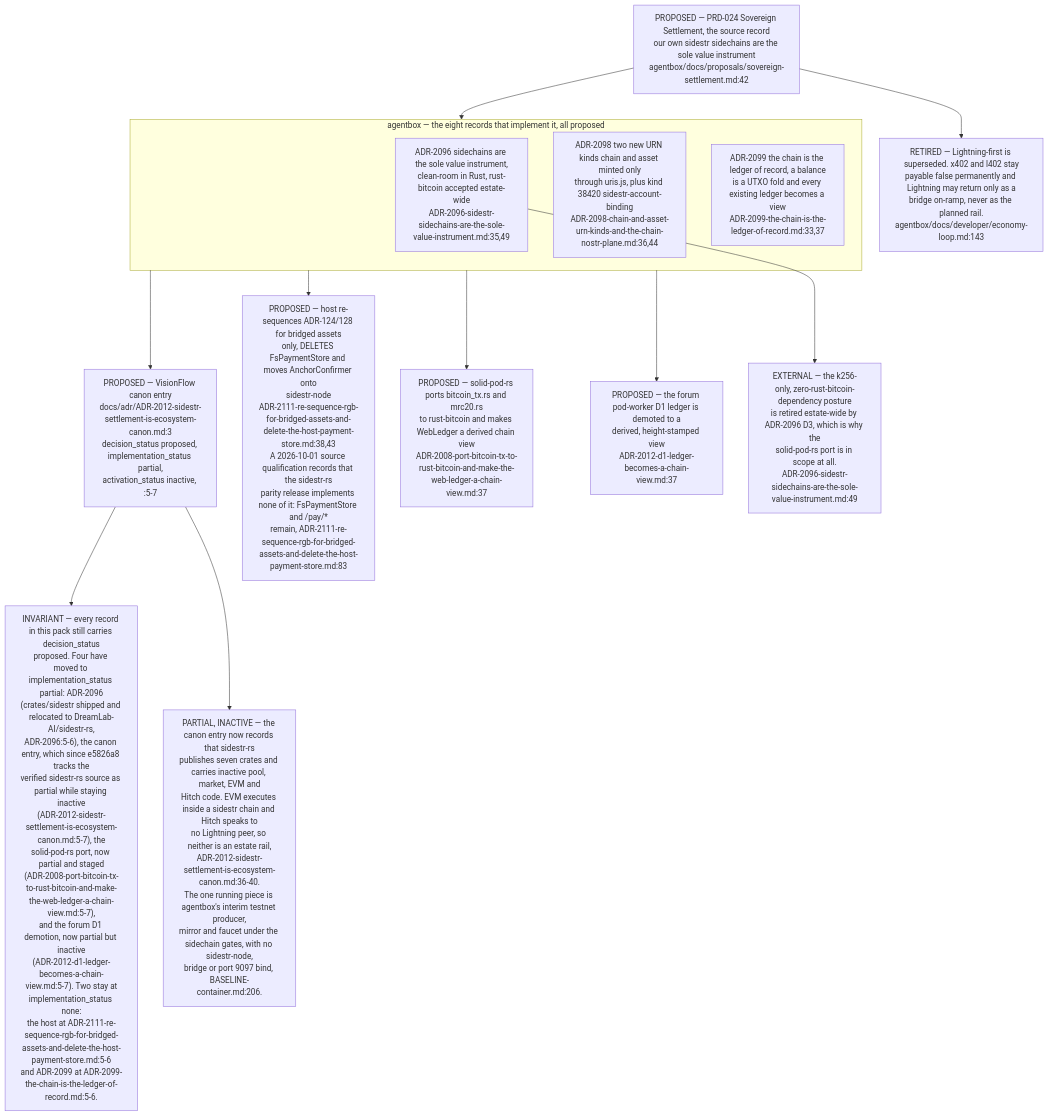
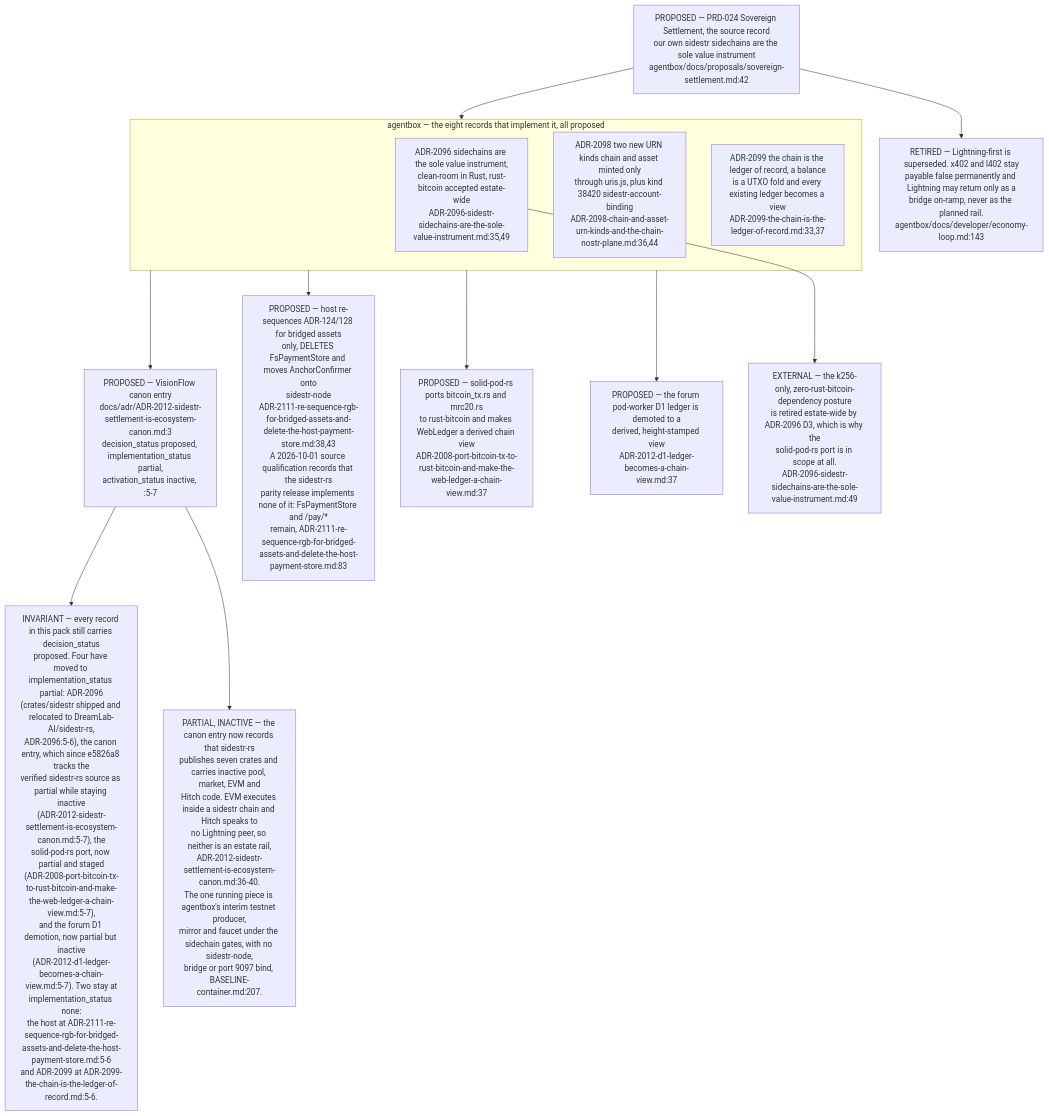
Before and after one commit to DreamLab-AI/VisionFlow: diagram 11 of 12 in docs/diagrams/estate/03-cross-repo-federation-contract.md, drawn with Mermaid. The commit also changed other lines of this file and 80 other files, not shown here.

First line of the commit message:
docs(diagrams): re-verify the agentbox, dreamlab, estate and visionflow corpus against current sources

````diff
--- a/docs/diagrams/estate/03-cross-repo-federation-contract.md
+++ b/docs/diagrams/estate/03-cross-repo-federation-contract.md
@@ -445,32 +445,32 @@
 ```mermaid
 flowchart TB
     PRD["PROPOSED — PRD-024 Sovereign Settlement, the source record<br/>our own sidestr sidechains are the sole value instrument<br/>agentbox/docs/proposals/sovereign-settlement.md:42"]
 
     subgraph AB["agentbox — the eight records that implement it, all proposed"]
         A96["ADR-2096 sidechains are the sole value instrument,<br/>clean-room in Rust, rust-bitcoin accepted estate-wide<br/>ADR-2096-sidestr-sidechains-are-the-sole-value-instrument.md:35,49"]
         A98["ADR-2098 two new URN kinds chain and asset minted only<br/>through uris.js, plus kind 38420 sidestr-account-binding<br/>ADR-2098-chain-and-asset-urn-kinds-and-the-chain-nostr-plane.md:36,44"]
         A99["ADR-2099 the chain is the ledger of record, a balance<br/>is a UTXO fold and every existing ledger becomes a view<br/>ADR-2099-the-chain-is-the-ledger-of-record.md:33,37"]
     end
     PRD --> AB
 
     CANON["PROPOSED — VisionFlow canon entry<br/>docs/adr/ADR-2012-sidestr-settlement-is-ecosystem-canon.md:3<br/>decision_status proposed, implementation_status partial,<br/>activation_status inactive, :5-7"]
     HOST["PROPOSED — host re-sequences ADR-124/128 for bridged assets<br/>only, DELETES FsPaymentStore and moves AnchorConfirmer onto<br/>sidestr-node<br/>ADR-2111-re-sequence-rgb-for-bridged-assets-and-delete-the-host-payment-store.md:38,43<br/>A 2026-10-01 source qualification records that the sidestr-rs<br/>parity release implements none of it: FsPaymentStore and /pay/*<br/>remain, ADR-2111-re-sequence-rgb-for-bridged-assets-and-delete-the-host-payment-store.md:83"]
     SPR["PROPOSED — solid-pod-rs ports bitcoin_tx.rs and mrc20.rs<br/>to rust-bitcoin and makes WebLedger a derived chain view<br/>ADR-2008-port-bitcoin-tx-to-rust-bitcoin-and-make-the-web-ledger-a-chain-view.md:37"]
     FRM["PROPOSED — the forum pod-worker D1 ledger is demoted to a<br/>derived, height-stamped view<br/>ADR-2012-d1-ledger-becomes-a-chain-view.md:37"]
 
     AB --> CANON
     AB --> HOST
     AB --> SPR
     AB --> FRM
 
     INV["INVARIANT — every record in this pack still carries decision_status<br/>proposed. Four have moved to implementation_status partial: ADR-2096<br/>(crates/sidestr shipped and relocated to DreamLab-AI/sidestr-rs,<br/>ADR-2096:5-6), the canon entry, which since e5826a8 tracks the<br/>verified sidestr-rs source as partial while staying inactive<br/>(ADR-2012-sidestr-settlement-is-ecosystem-canon.md:5-7), the<br/>solid-pod-rs port, now partial and staged<br/>(ADR-2008-port-bitcoin-tx-to-rust-bitcoin-and-make-the-web-ledger-a-chain-view.md:5-7),<br/>and the forum D1 demotion, now partial but inactive<br/>(ADR-2012-d1-ledger-becomes-a-chain-view.md:5-7). Two stay at<br/>implementation_status none:<br/>the host at ADR-2111-re-sequence-rgb-for-bridged-assets-and-delete-the-host-payment-store.md:5-6<br/>and ADR-2099 at ADR-2099-the-chain-is-the-ledger-of-record.md:5-6."]
     CANON --> INV
-    SRCST["PARTIAL, INACTIVE — the canon entry now records that sidestr-rs<br/>publishes seven crates and carries inactive pool, market, EVM and<br/>Hitch code. EVM executes inside a sidestr chain and Hitch speaks to<br/>no Lightning peer, so neither is an estate rail,<br/>ADR-2012-sidestr-settlement-is-ecosystem-canon.md:36-40.<br/>The one running piece is agentbox's interim testnet producer,<br/>mirror and faucet under the sidechain gates, with no sidestr-node,<br/>bridge or port 9097 bind, BASELINE-container.md:206."]
+    SRCST["PARTIAL, INACTIVE — the canon entry now records that sidestr-rs<br/>publishes seven crates and carries inactive pool, market, EVM and<br/>Hitch code. EVM executes inside a sidestr chain and Hitch speaks to<br/>no Lightning peer, so neither is an estate rail,<br/>ADR-2012-sidestr-settlement-is-ecosystem-canon.md:36-40.<br/>The one running piece is agentbox's interim testnet producer,<br/>mirror and faucet under the sidechain gates, with no sidestr-node,<br/>bridge or port 9097 bind, BASELINE-container.md:207."]
     CANON --> SRCST
 
     RET["RETIRED — Lightning-first is superseded. x402 and l402 stay<br/>payable false permanently and Lightning may return only as a<br/>bridge on-ramp, never as the planned rail.<br/>agentbox/docs/developer/economy-loop.md:143"]
     PRD --> RET
 
     KILL["EXTERNAL — the k256-only, zero-rust-bitcoin-dependency posture<br/>is retired estate-wide by ADR-2096 D3, which is why the<br/>solid-pod-rs port is in scope at all.<br/>ADR-2096-sidestr-sidechains-are-the-sole-value-instrument.md:49"]
     A96 --> KILL
 ```
````
